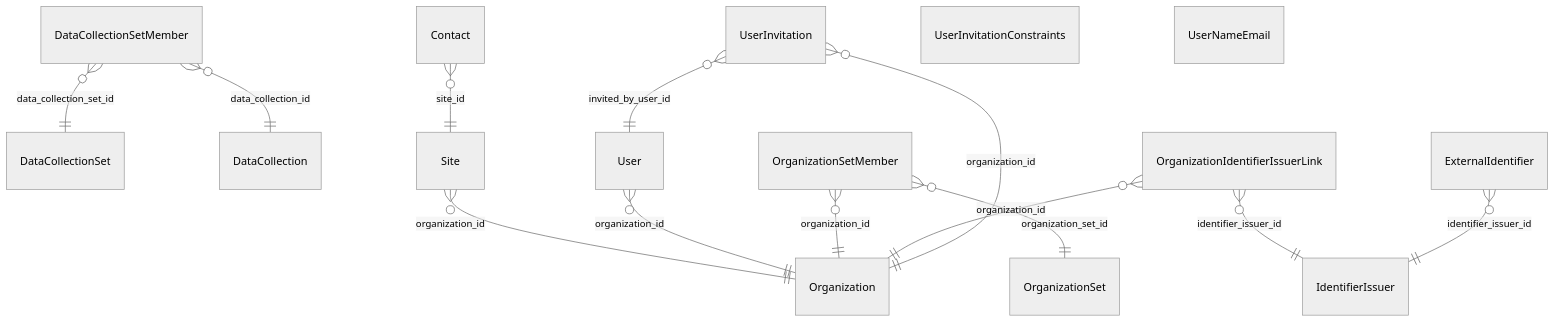
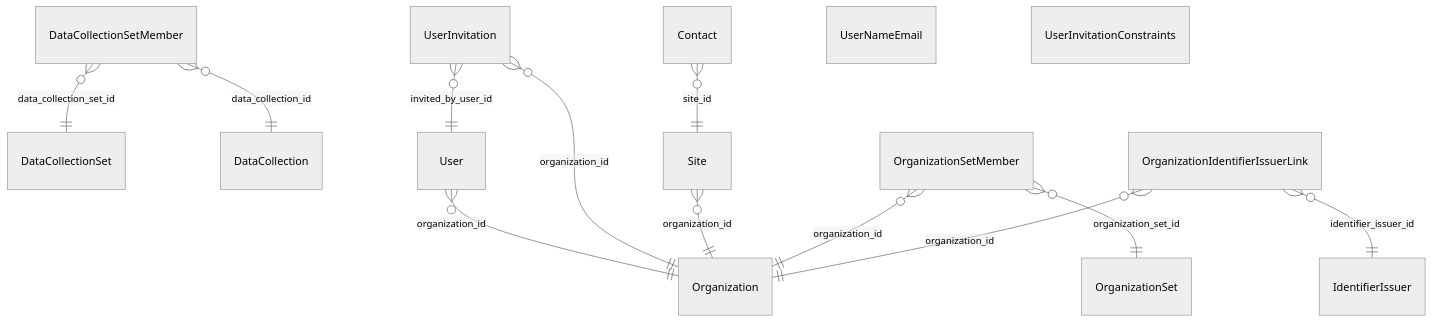
Before and after one commit to RIVM-bioinformatics/gen-epix-api: the diagram in docs/erm/casedb.organization.md, drawn with Mermaid (neutral theme). The commit also changed other lines of this file and 186 other files, not shown here.

Commit message:
feat: Lsp 3015 replace external identifier with identifier models (#429)

````diff
--- a/docs/erm/casedb.organization.md
+++ b/docs/erm/casedb.organization.md
@@ -5,25 +5,24 @@
 ```mermaid
 erDiagram
     %% casedb / ORGANIZATION (simplified)
 
     %% Relationships
     DataCollectionSetMember }o--|| DataCollectionSet : "data_collection_set_id"
     DataCollectionSetMember }o--|| DataCollection : "data_collection_id"
+    Contact }o--|| Site : "site_id"
+    User }o--|| Organization : "organization_id"
+    UserInvitation }o--|| Organization : "organization_id"
+    UserInvitation }o--|| User : "invited_by_user_id"
     Site }o--|| Organization : "organization_id"
-    User }o--|| Organization : "organization_id"
     OrganizationSetMember }o--|| OrganizationSet : "organization_set_id"
     OrganizationSetMember }o--|| Organization : "organization_id"
     OrganizationIdentifierIssuerLink }o--|| Organization : "organization_id"
     OrganizationIdentifierIssuerLink }o--|| IdentifierIssuer : "identifier_issuer_id"
-    UserInvitation }o--|| Organization : "organization_id"
-    UserInvitation }o--|| User : "invited_by_user_id"
-    Contact }o--|| Site : "site_id"
-    ExternalIdentifier }o--|| IdentifierIssuer : "identifier_issuer_id"
+
+    UserNameEmail {
+    }
 
     UserInvitationConstraints {
     }
 
-    UserNameEmail {
-    }
-
 ```
````
